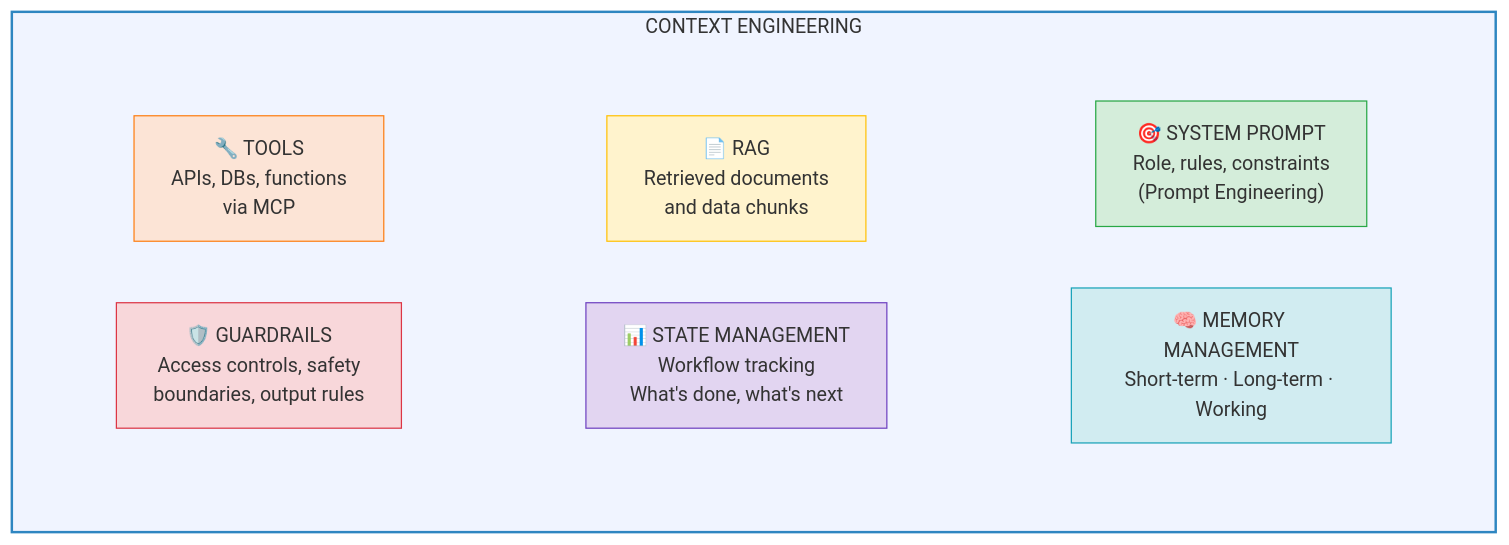
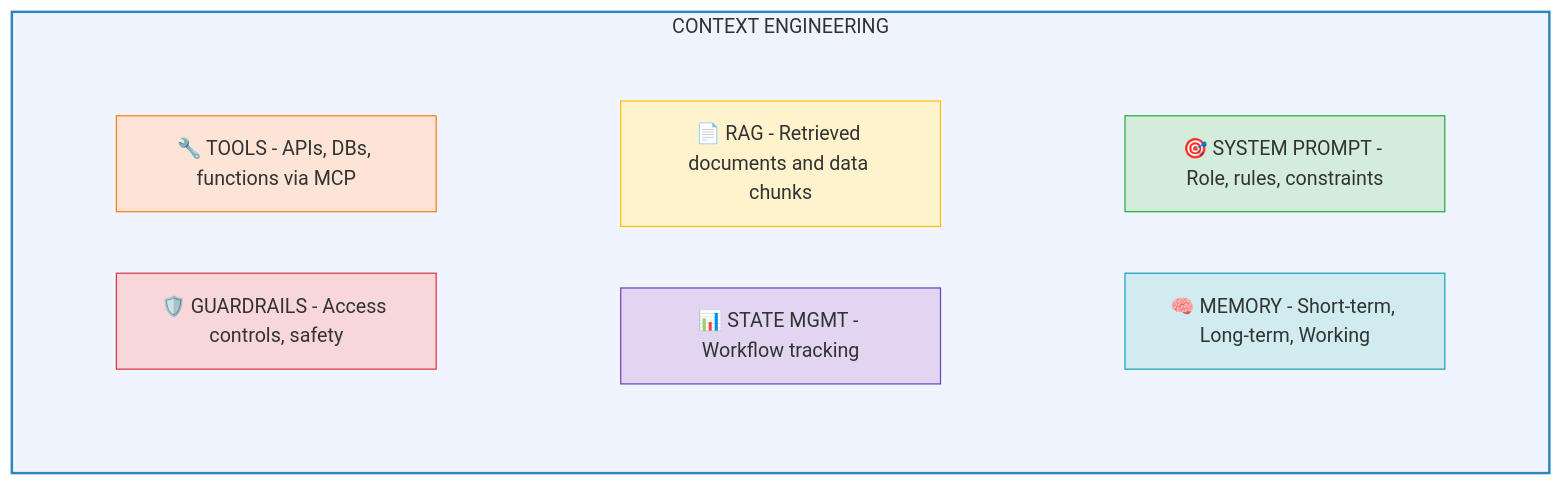
Before and after one commit to ithinktavo/GenAI-Engineering-Handbook: the second of 4 diagrams in docs/01-prompt-engineering-to-context-engineering.md, drawn with Mermaid. The commit also changed other lines of this file and 9 other files, not shown here.

First line of the commit message:
Fix Mermaid rendering: remove emoji from subgraph titles and unsupported syntax

````diff
--- a/docs/01-prompt-engineering-to-context-engineering.md
+++ b/docs/01-prompt-engineering-to-context-engineering.md
@@ -208,29 +208,29 @@
 ```mermaid
 graph TB
     subgraph CE["CONTEXT ENGINEERING"]
         direction TB
         subgraph row1[" "]
-            SP["🎯 SYSTEM PROMPT\nRole, rules, constraints\n(Prompt Engineering)"]
-            MM["🧠 MEMORY MANAGEMENT\nShort-term · Long-term · Working"]
+            SP["🎯 SYSTEM PROMPT - Role, rules, constraints"]
+            MM["🧠 MEMORY - Short-term, Long-term, Working"]
         end
         subgraph row2[" "]
-            RAG["📄 RAG\nRetrieved documents\nand data chunks"]
-            SM["📊 STATE MANAGEMENT\nWorkflow tracking\nWhat's done, what's next"]
+            RAG["📄 RAG - Retrieved documents and data chunks"]
+            SM["📊 STATE MGMT - Workflow tracking"]
         end
         subgraph row3[" "]
-            TOOLS["🔧 TOOLS\nAPIs, DBs, functions\nvia MCP"]
-            GUARD["🛡️ GUARDRAILS\nAccess controls, safety\nboundaries, output rules"]
+            TOOLS["🔧 TOOLS - APIs, DBs, functions via MCP"]
+            GUARD["🛡️ GUARDRAILS - Access controls, safety"]
         end
     end
 
     style CE fill:#f0f4ff,stroke:#2E86C1,stroke-width:2px
     style row1 fill:transparent,stroke:none
     style row2 fill:transparent,stroke:none
     style row3 fill:transparent,stroke:none
     style SP fill:#d4edda,stroke:#28a745
     style MM fill:#d1ecf1,stroke:#17a2b8
     style RAG fill:#fff3cd,stroke:#ffc107
     style SM fill:#e2d5f1,stroke:#6f42c1
     style TOOLS fill:#fce4d6,stroke:#fd7e14
     style GUARD fill:#f8d7da,stroke:#dc3545
 ```
````
